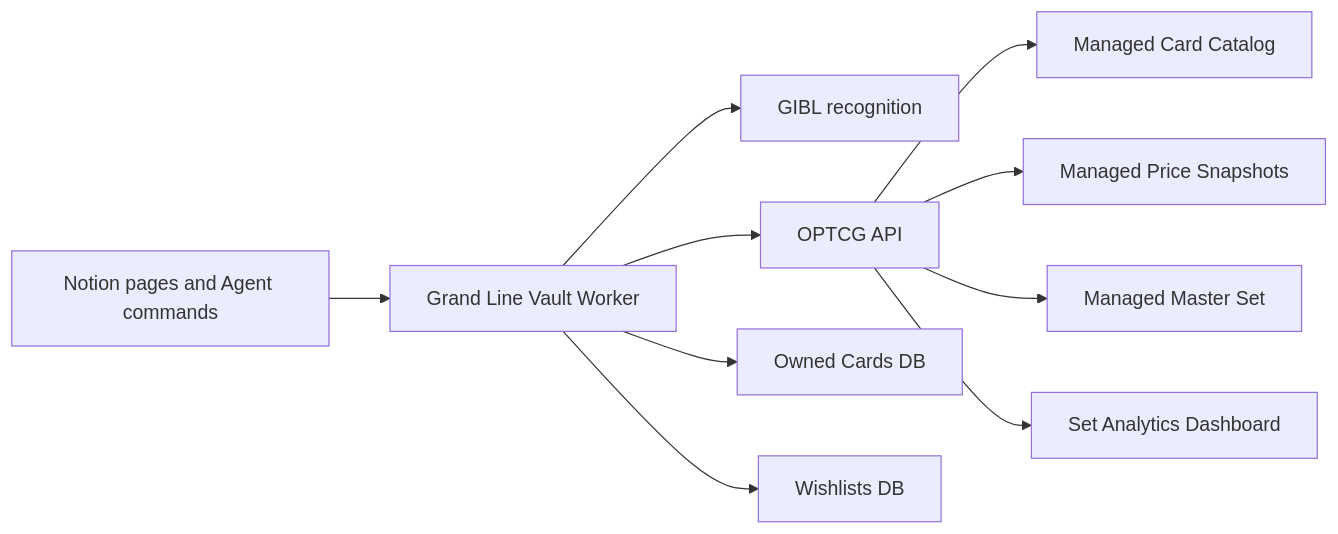
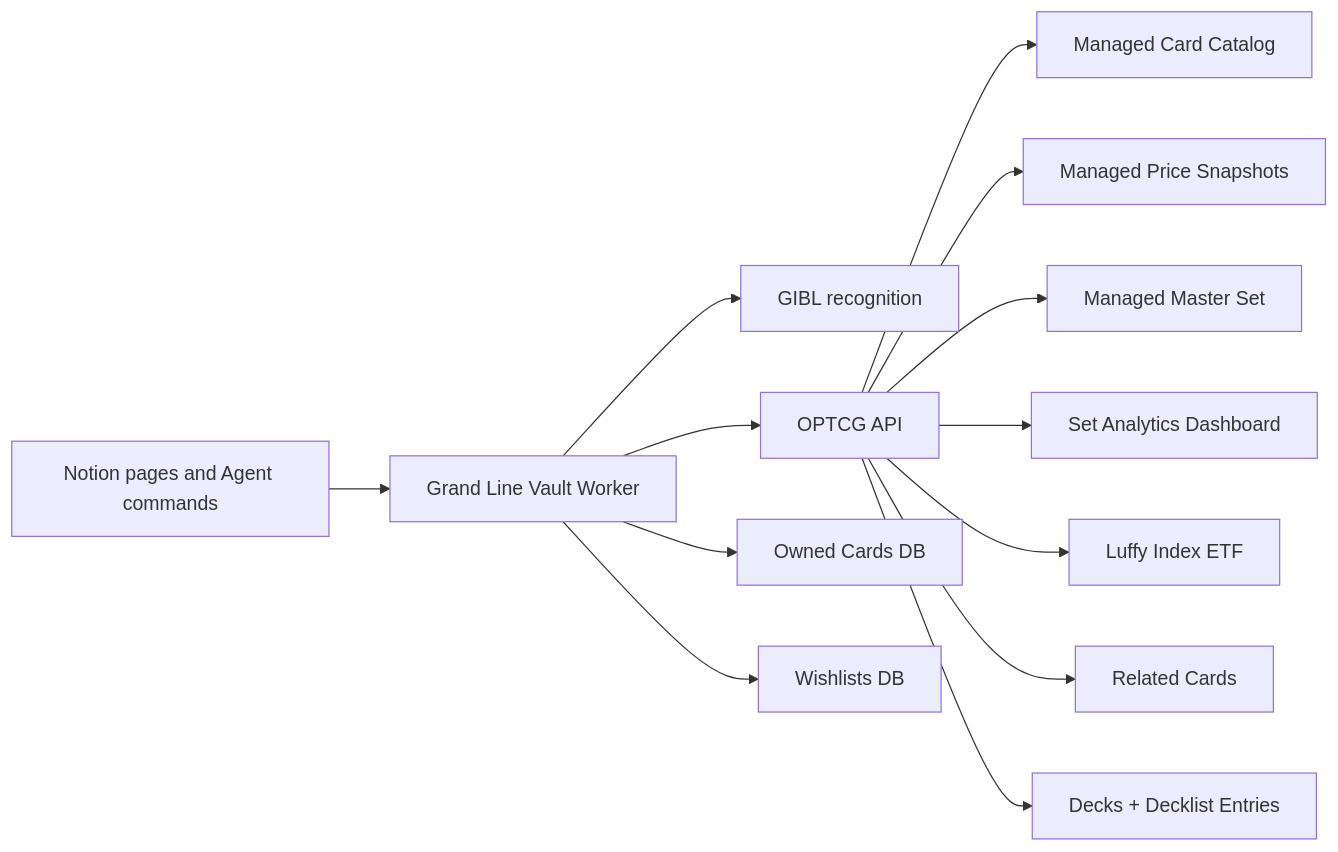
Before and after one commit to spenceryang/grandlinevault: the diagram in README.md, drawn with Mermaid. The commit also changed other lines of this file, not shown here.

````diff
--- a/README.md
+++ b/README.md
@@ -37,12 +106,15 @@
 ```mermaid
 flowchart LR
     A["Notion pages and Agent commands"] --> B["Grand Line Vault Worker"]
     B --> C["GIBL recognition"]
     B --> D["OPTCG API"]
     B --> E["Owned Cards DB"]
     B --> F["Wishlists DB"]
     D --> G["Managed Card Catalog"]
     D --> H["Managed Price Snapshots"]
     D --> I["Managed Master Set"]
     D --> J["Set Analytics Dashboard"]
+    D --> K["Luffy Index ETF"]
+    D --> L["Related Cards"]
+    D --> M["Decks + Decklist Entries"]
 ```
````
